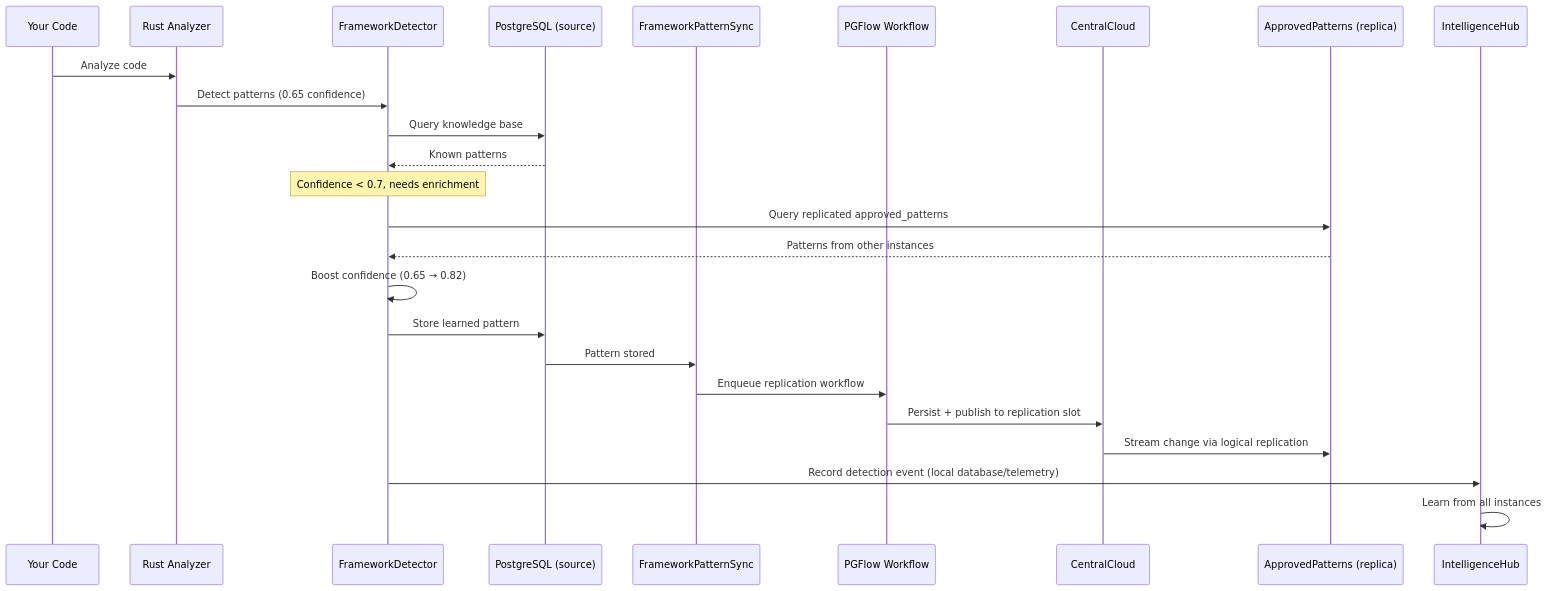
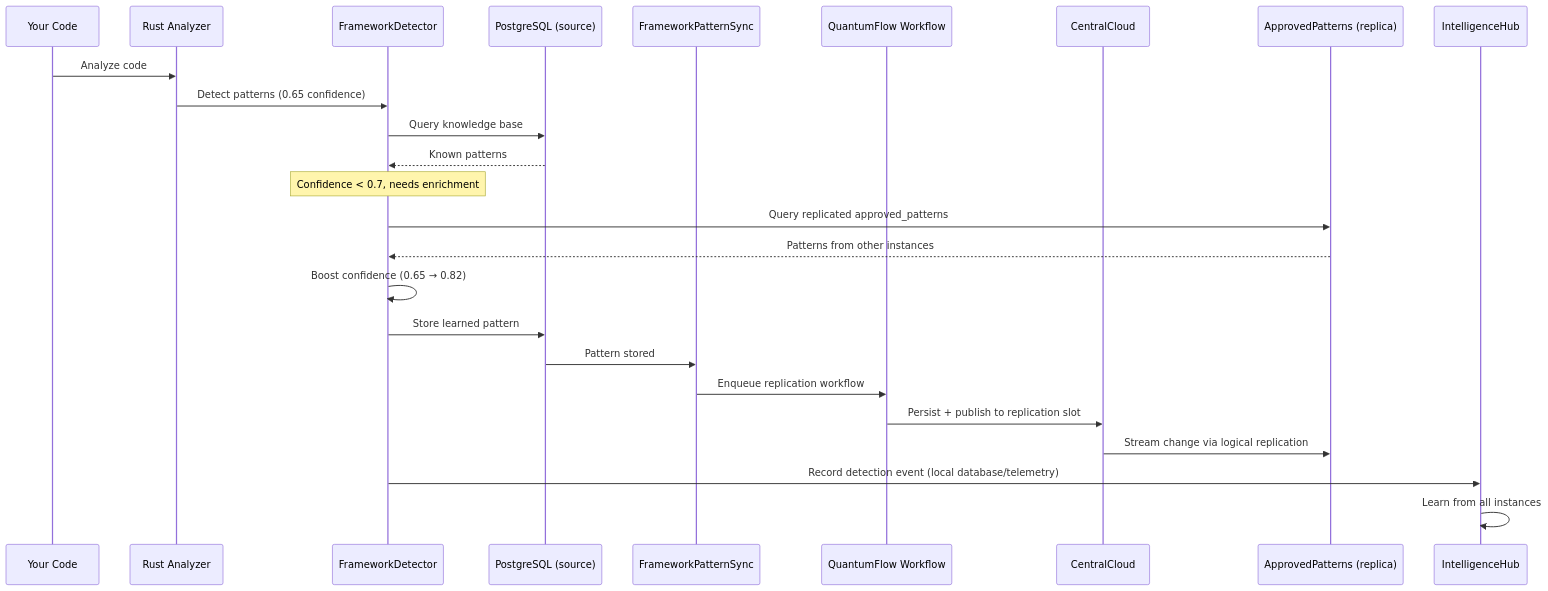
Before and after one commit to mikkihugo/ex_llm: the diagram in docs/CENTRALCLOUD_PATTERN_LEARNING.md, drawn with Mermaid. The commit also changed other lines of this file and 289 other files, not shown here.

First line of the commit message:
Rename ex_pgflow package to ex_quantum_flow

````diff
--- a/docs/CENTRALCLOUD_PATTERN_LEARNING.md
+++ b/docs/CENTRALCLOUD_PATTERN_LEARNING.md
@@ -238,33 +238,33 @@
 ```mermaid
 sequenceDiagram
     participant Code as Your Code
     participant Rust as Rust Analyzer
     participant FD as FrameworkDetector
     participant PG as PostgreSQL (source)
     participant Sync as FrameworkPatternSync
-    participant PGFlow as PGFlow Workflow
+    participant QuantumFlow as QuantumFlow Workflow
     participant CC as CentralCloud
     participant Replica as ApprovedPatterns (replica)
     participant IH as IntelligenceHub
 
     Code->>Rust: Analyze code
     Rust->>FD: Detect patterns (0.65 confidence)
     FD->>PG: Query knowledge base
     PG-->>FD: Known patterns
 
     Note over FD: Confidence < 0.7, needs enrichment
 
     FD->>Replica: Query replicated approved_patterns
     Replica-->>FD: Patterns from other instances
 
     FD->>FD: Boost confidence (0.65 → 0.82)
 
     FD->>PG: Store learned pattern
     PG->>Sync: Pattern stored
-    Sync->>PGFlow: Enqueue replication workflow
-    PGFlow->>CC: Persist + publish to replication slot
+    Sync->>QuantumFlow: Enqueue replication workflow
+    QuantumFlow->>CC: Persist + publish to replication slot
     CC->>Replica: Stream change via logical replication
 
     FD->>IH: Record detection event (local database/telemetry)
     IH->>IH: Learn from all instances
 ```
````
